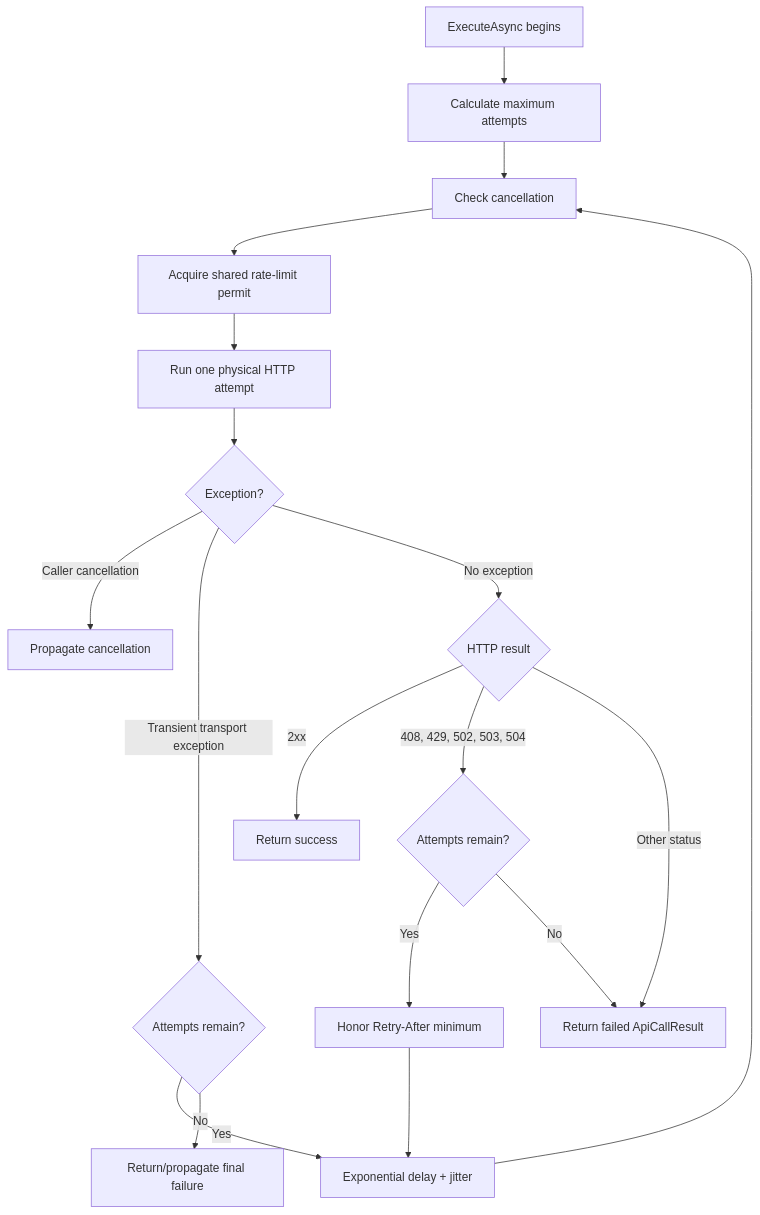
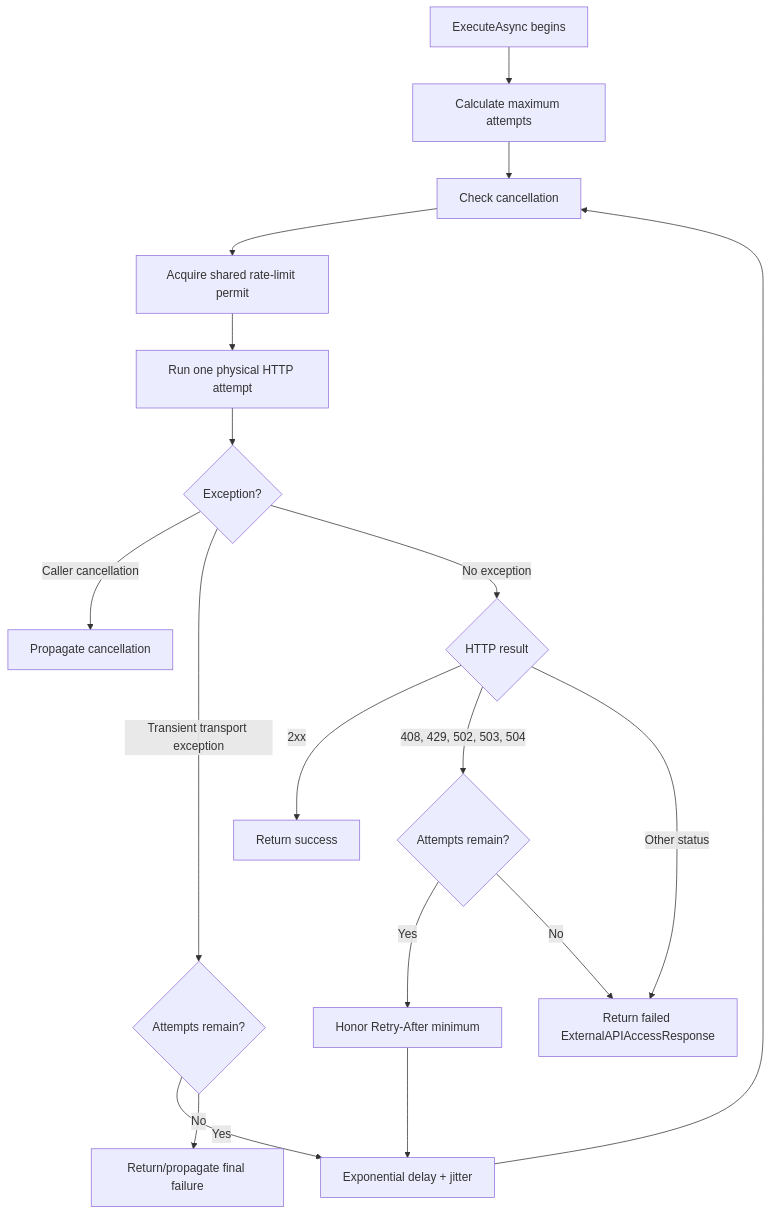
One commit to ChetanChohan7/playwright-bdd-acorn changed the fifth of 8 diagrams in FuzzyPricingMatcher/docs/sequence-diagrams.md. Above: the diagram before and after it, drawn with Mermaid. The commit also changed other lines of this file and 108 other files, not shown here.

````diff
--- a/FuzzyPricingMatcher/docs/sequence-diagrams.md
+++ b/FuzzyPricingMatcher/docs/sequence-diagrams.md
@@ -215,20 +215,20 @@
 ```mermaid
 flowchart TD
     Start[ExecuteAsync begins] --> Count[Calculate maximum attempts]
     Count --> Cancel[Check cancellation]
     Cancel --> Permit[Acquire shared rate-limit permit]
     Permit --> Physical[Run one physical HTTP attempt]
     Physical --> Exception{Exception?}
     Exception -->|Caller cancellation| Cancelled[Propagate cancellation]
     Exception -->|Transient transport exception| RetryException{Attempts remain?}
     RetryException -->|Yes| Delay[Exponential delay + jitter]
     RetryException -->|No| Exhausted[Return/propagate final failure]
     Exception -->|No exception| Status{HTTP result}
     Status -->|2xx| Success[Return success]
     Status -->|408, 429, 502, 503, 504| RetryStatus{Attempts remain?}
     RetryStatus -->|Yes| RetryAfter[Honor Retry-After minimum]
     RetryAfter --> Delay
-    RetryStatus -->|No| FinalFailure[Return failed ApiCallResult]
+    RetryStatus -->|No| FinalFailure[Return failed ExternalAPIAccessResponse]
     Status -->|Other status| FinalFailure
     Delay --> Cancel
 ```
````
